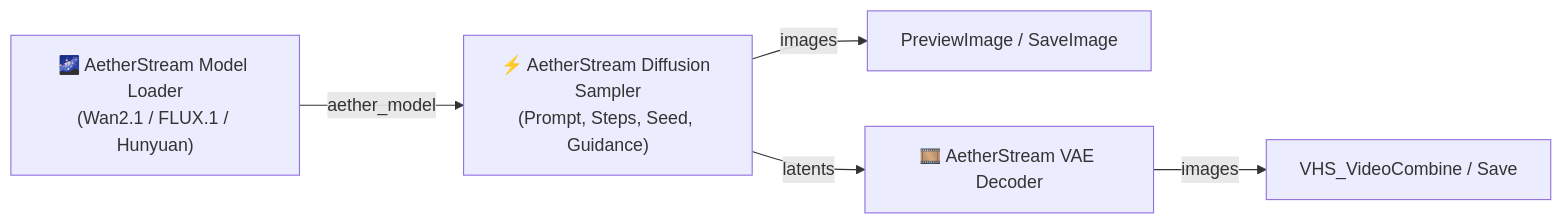
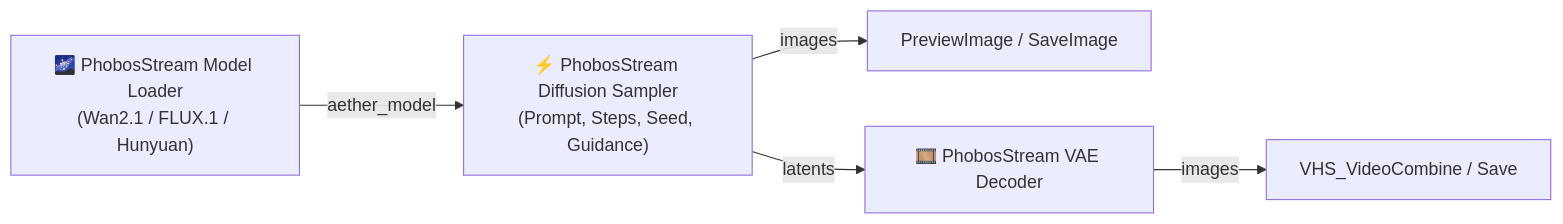
Before and after one commit to martianacademy/ComfyUI-PhobosStream: the diagram in README.md, drawn with Mermaid. The commit also changed other lines of this file and 4 other files, not shown here.

Commit message:
feat: rename custom node extension to ComfyUI-PhobosStream

````diff
--- a/README.md
+++ b/README.md
@@ -40,7 +40,7 @@
 ```mermaid
 graph LR
-    L["🌌 AetherStream Model Loader<br/>(Wan2.1 / FLUX.1 / Hunyuan)"] -->|"aether_model"| S["⚡ AetherStream Diffusion Sampler<br/>(Prompt, Steps, Seed, Guidance)"]
+    L["🌌 PhobosStream Model Loader<br/>(Wan2.1 / FLUX.1 / Hunyuan)"] -->|"aether_model"| S["⚡ PhobosStream Diffusion Sampler<br/>(Prompt, Steps, Seed, Guidance)"]
     S -->|"images"| P["PreviewImage / SaveImage"]
-    S -->|"latents"| V["🎞️ AetherStream VAE Decoder"]
+    S -->|"latents"| V["🎞️ PhobosStream VAE Decoder"]
     V -->|"images"| VC["VHS_VideoCombine / Save"]
 ```
````
